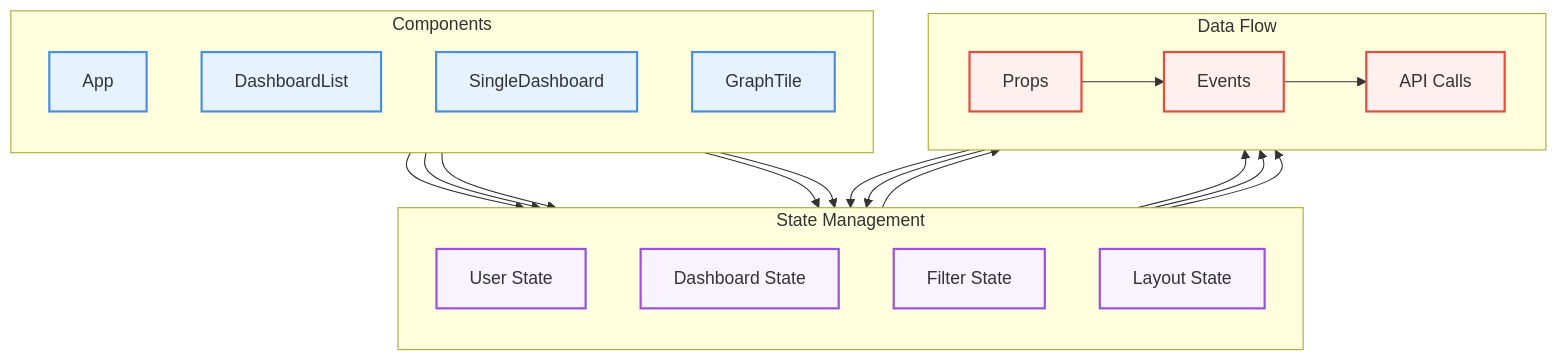
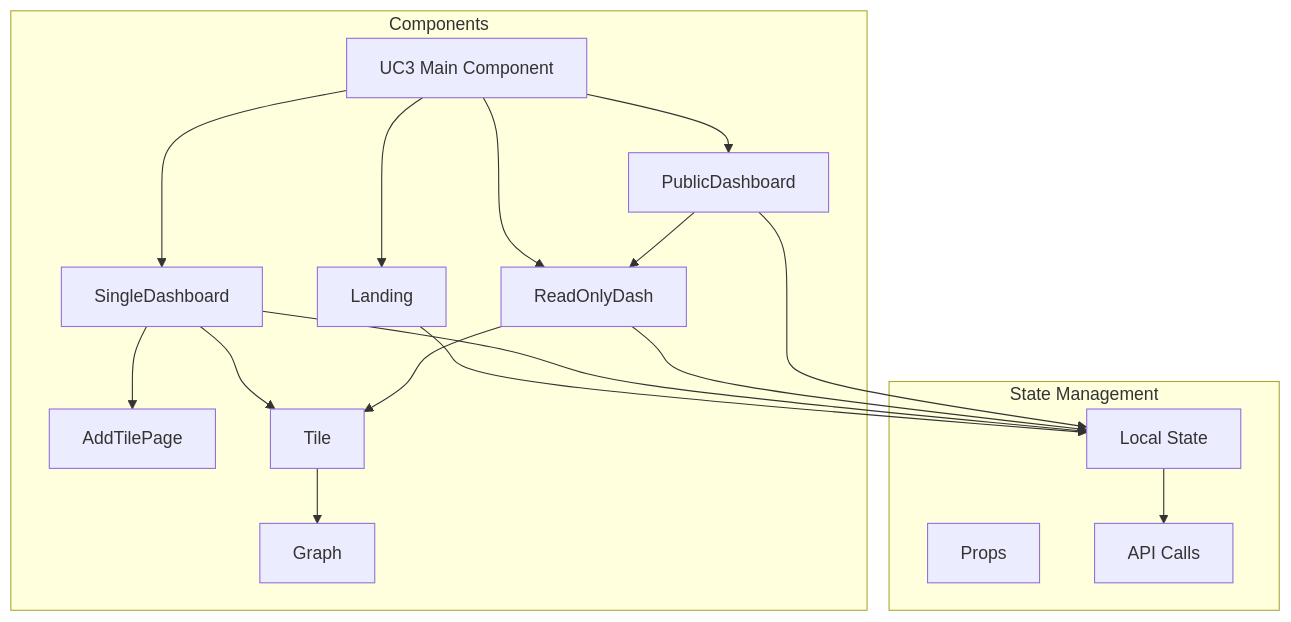
One commit to kneevin/TEAM3_REPO changed the third of 13 diagrams in README.md. Above: the diagram before and after it, drawn with Mermaid. The commit also changed other lines of this file, not shown here.

````diff
--- a/README.md
+++ b/README.md
@@ -301,44 +60,26 @@
 ```mermaid
-flowchart TD
-    subgraph "State Management"
-        direction TB
-        US[User State]
-        DS[Dashboard State]
-        FS[Filter State]
-        LS[Layout State]
-    end
 
-    subgraph "Components"
-        direction TB
-        App --> US
-        DashboardList --> DS
-        SingleDashboard --> DS
-        SingleDashboard --> LS
-        GraphTile --> FS
-    end
-
-    subgraph "Data Flow"
-        direction LR
-        API[API Calls]
-        Props[Props]
-        Events[Events]
-    end
-
-    US --> Props
-    DS --> Props
-    FS --> Props
-    LS --> Props
-    
-    Props --> Events
-    Events --> API
-    API --> US
-    API --> DS
-
-    classDef stateNode fill:#f9f2ff,stroke:#9b51e0,stroke-width:2px
-    classDef componentNode fill:#e6f3ff,stroke:#4a90e2,stroke-width:2px
-    classDef dataNode fill:#fff0f0,stroke:#e74c3c,stroke-width:2px
-
-    class US,DS,FS,LS stateNode
-    class App,DashboardList,SingleDashboard,GraphTile componentNode
-    class API,Props,Events dataNode
+graph TB
+subgraph Components
+UC3[UC3 Main Component]
+L[Landing]
+SD[SingleDashboard]
+RD[ReadOnlyDash]
+PD[PublicDashboard]
+ATP[AddTilePage]
+G[Graph]
+T[Tile]
+end
+subgraph State Management
+Props[Props]
+State[Local State]
+API[API Calls]
+end
+UC3 --> L & SD & RD & PD
+SD --> ATP & T
+RD --> T
+T --> G
+PD --> RD
+L & SD & RD & PD --> State
+State --> API
 ```
````
